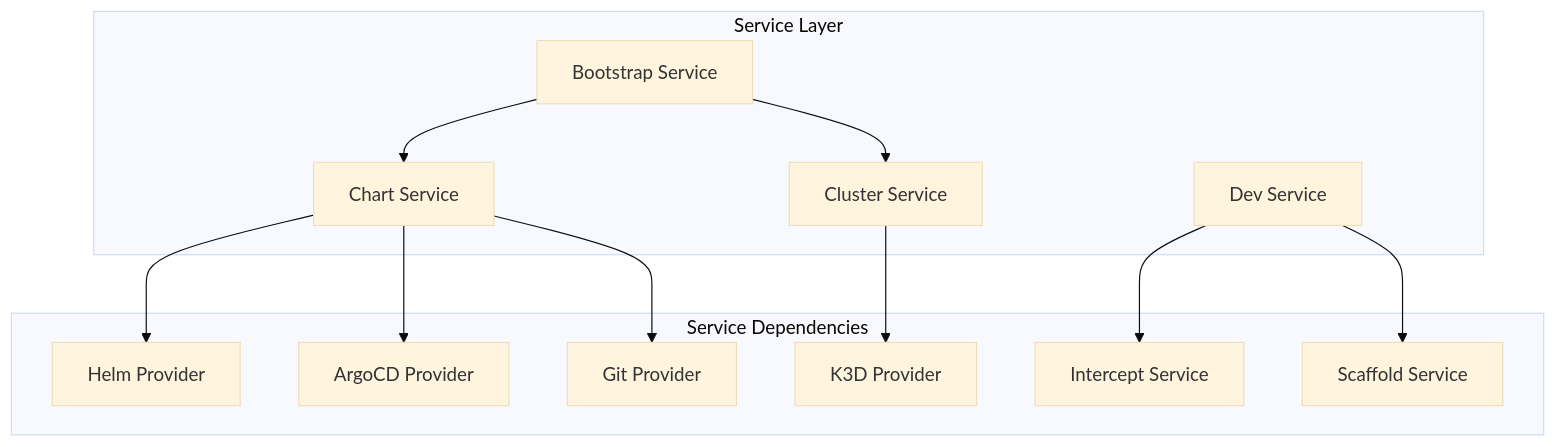
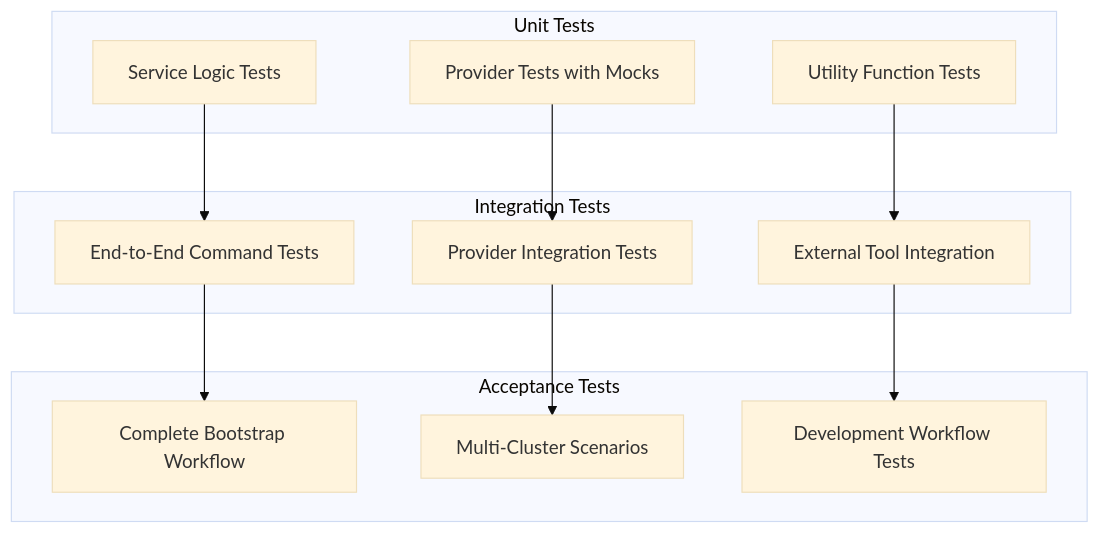
Before and after one commit to Praesto-Pro/openframe-cli: the sixth of 8 diagrams in docs/development/architecture/README.md, drawn with Mermaid (base theme). The commit also changed other lines of this file and 19 other files, not shown here.

````diff
--- a/docs/development/architecture/README.md
+++ b/docs/development/architecture/README.md
@@ -178,23 +410,27 @@
 ```mermaid
-graph TD
-    subgraph "Service Layer"
-        BootstrapSvc[Bootstrap Service]
-        ClusterSvc[Cluster Service]
-        ChartSvc[Chart Service]
-        DevSvc[Dev Service]
+graph TB
+    subgraph "Unit Tests"
+        A[Service Logic Tests]
+        B[Provider Tests with Mocks]
+        C[Utility Function Tests]
     end
     
-    subgraph "Service Dependencies"
-        BootstrapSvc --> ClusterSvc
-        BootstrapSvc --> ChartSvc
-        
-        ChartSvc --> HelmProvider[Helm Provider]
-        ChartSvc --> ArgoCDProvider[ArgoCD Provider]
-        ChartSvc --> GitProvider[Git Provider]
-        
-        ClusterSvc --> K3DProvider[K3D Provider]
-        
-        DevSvc --> InterceptSvc[Intercept Service]
-        DevSvc --> ScaffoldSvc[Scaffold Service]
+    subgraph "Integration Tests"
+        D[End-to-End Command Tests]
+        E[Provider Integration Tests]
+        F[External Tool Integration]
     end
+    
+    subgraph "Acceptance Tests"
+        G[Complete Bootstrap Workflow]
+        H[Multi-Cluster Scenarios]
+        I[Development Workflow Tests]
+    end
+    
+    A --> D
+    B --> E
+    C --> F
+    D --> G
+    E --> H
+    F --> I
 ```
````
